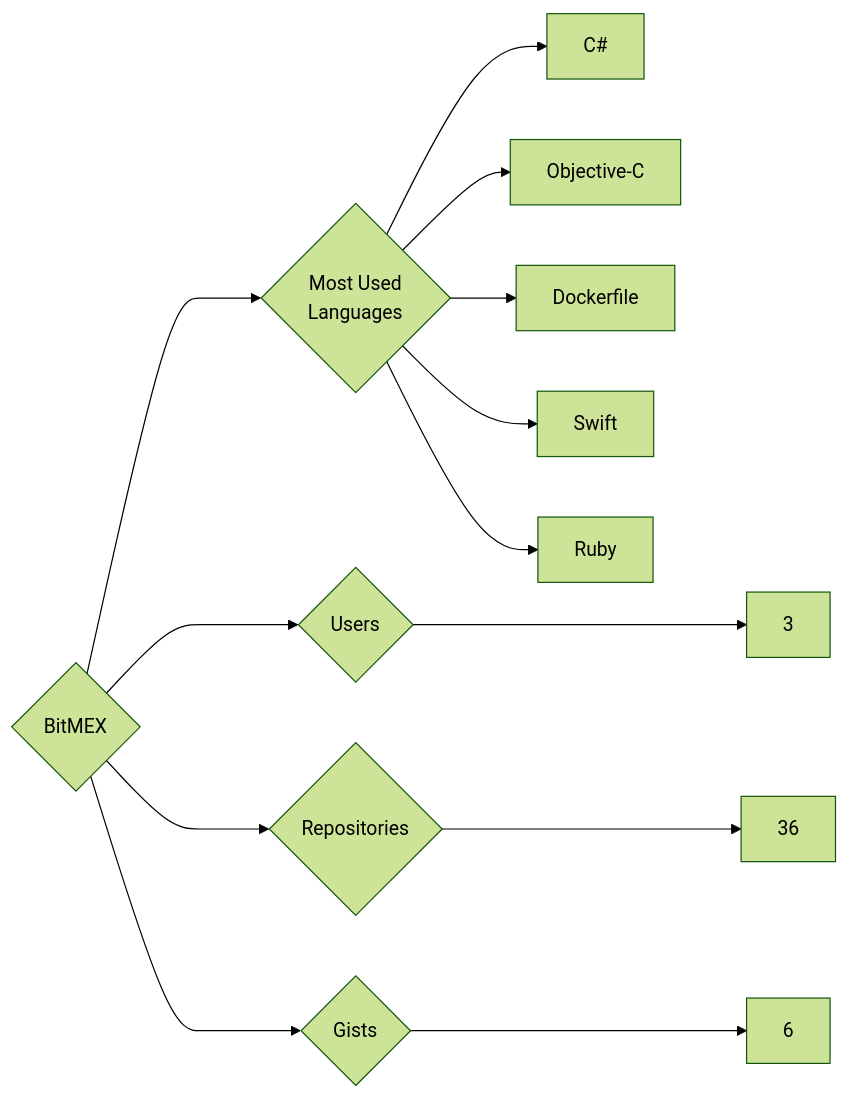
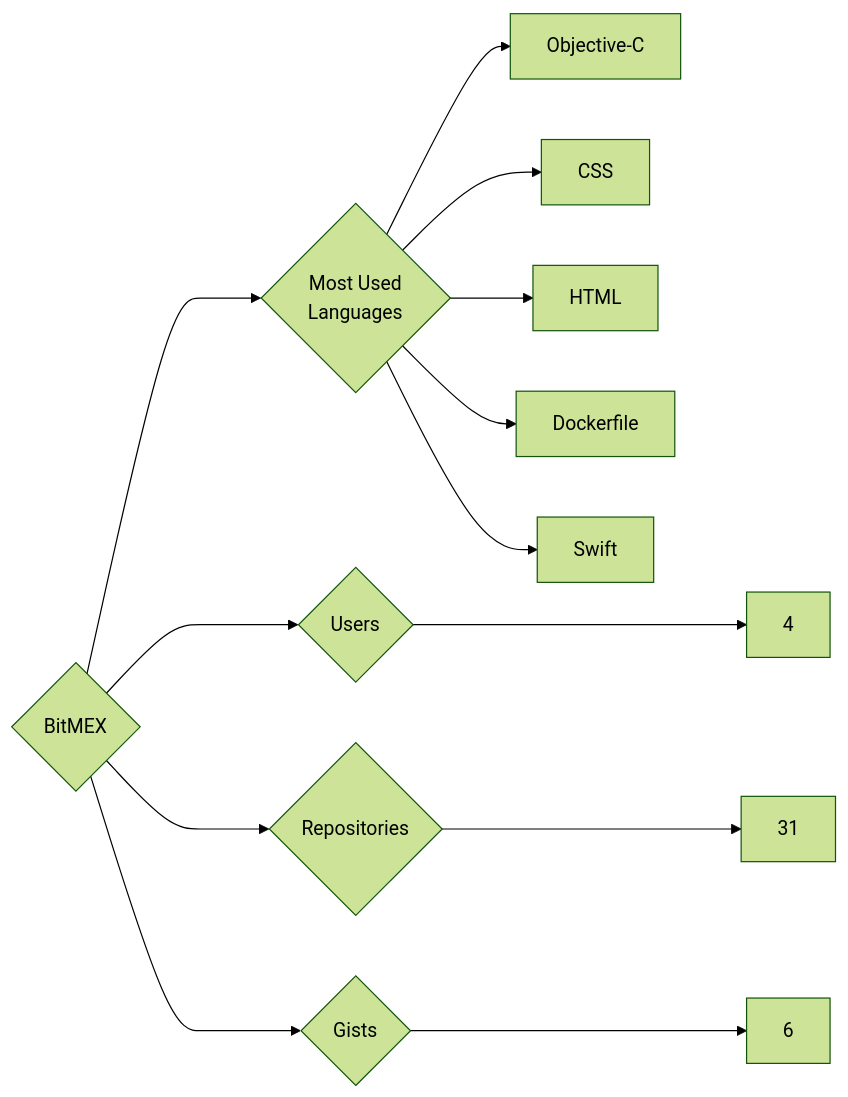
One commit to trickest/insiders changed the diagram in targets/BitMEX/README.md. Above: the diagram before and after it, drawn with Mermaid (forest theme). The commit also changed 681 other files, not shown here.

````diff
--- a/targets/BitMEX/README.md
+++ b/targets/BitMEX/README.md
@@ -3,13 +3,13 @@
 ```mermaid
 graph LR
 COMPANY_NAME{BitMEX}
-COMPANY_NAME ---> U{Users} ---> UN[3]
-COMPANY_NAME ---> R{Repositories} ---> RN[36]
+COMPANY_NAME ---> U{Users} ---> UN[4]
+COMPANY_NAME ---> R{Repositories} ---> RN[31]
 COMPANY_NAME ---> G{Gists} ---> GN[6]
 COMPANY_NAME ---> ML{Most Used<br>Languages}
-ML --> C#[C#]
 ML --> Objective-C[Objective-C]
+ML --> CSS[CSS]
+ML --> HTML[HTML]
 ML --> Dockerfile[Dockerfile]
 ML --> Swift[Swift]
-ML --> Ruby[Ruby]
 ```
````
